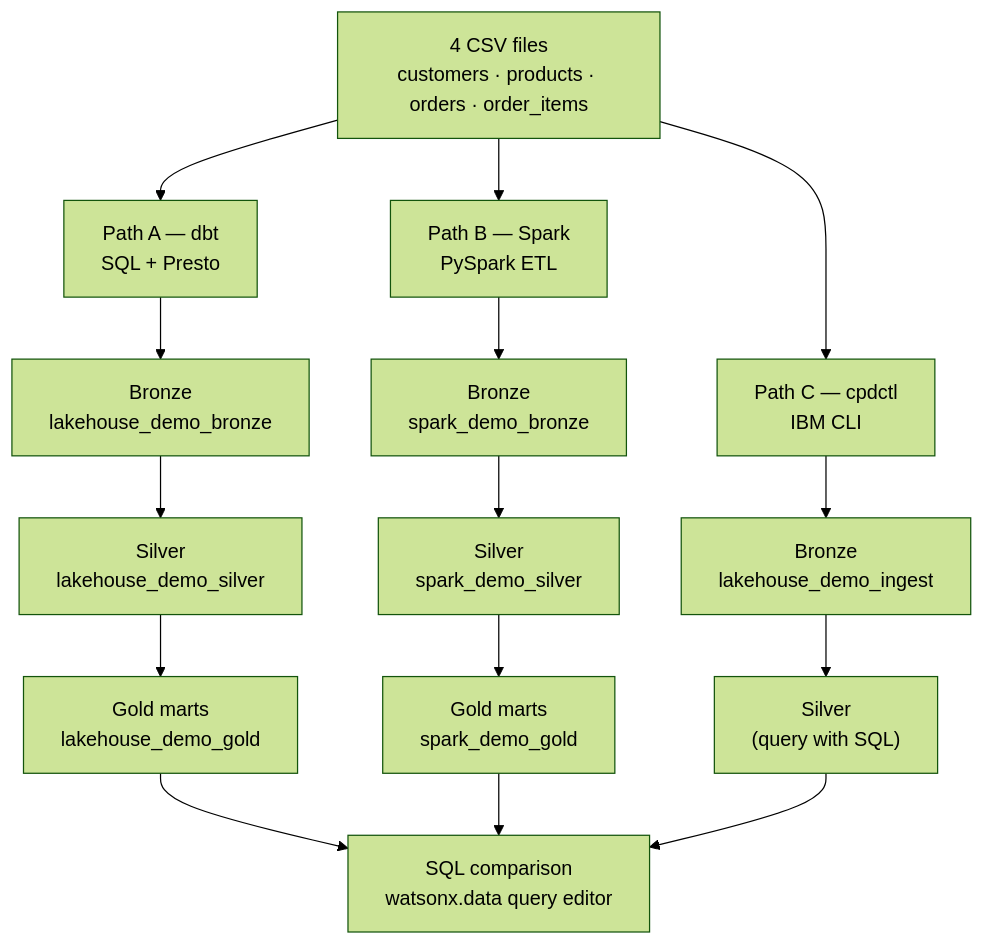
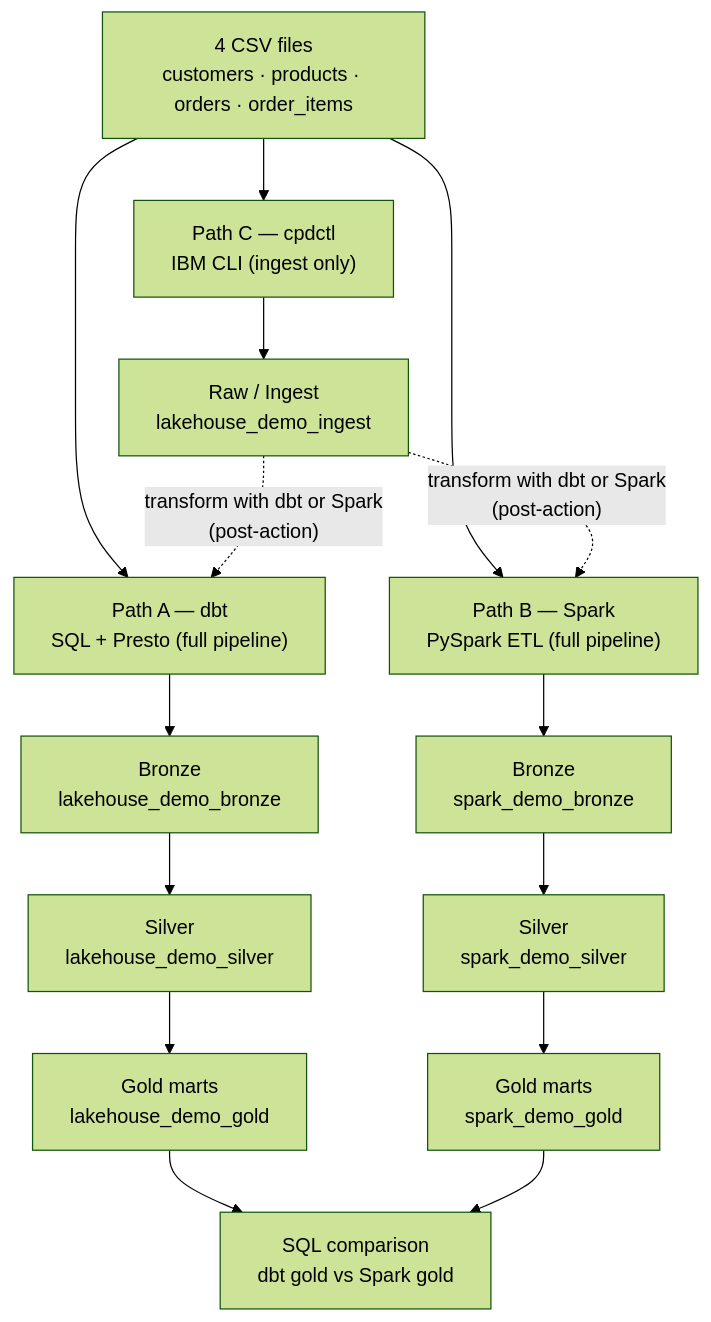
Before and after one commit to aseelert/ibmas-watsonxdata-dbt: the first of 2 diagrams in docs/index.md, drawn with Mermaid (forest theme). The commit also changed other lines of this file and 12 other files, not shown here.

First line of the commit message:
docs: reframe cpdctl as ingest-only loader, fix conceptual model + aged statements

````diff
--- a/docs/index.md
+++ b/docs/index.md
@@ -44,23 +48,24 @@
 ```mermaid
 flowchart TB
   csv["4 CSV files\ncustomers · products · orders · order_items"]
 
-  csv --> dbt_path["Path A — dbt\nSQL + Presto"]
-  csv --> spark_path["Path B — Spark\nPySpark ETL"]
-  csv --> cpdctl_path["Path C — cpdctl\nIBM CLI"]
+  csv --> dbt_path["Path A — dbt\nSQL + Presto (full pipeline)"]
+  csv --> spark_path["Path B — Spark\nPySpark ETL (full pipeline)"]
+  csv --> cpdctl_path["Path C — cpdctl\nIBM CLI (ingest only)"]
 
   dbt_path --> bronze["Bronze\nlakehouse_demo_bronze"]
   spark_path --> spark_bronze["Bronze\nspark_demo_bronze"]
-  cpdctl_path --> ingest_bronze["Bronze\nlakehouse_demo_ingest"]
+  cpdctl_path --> ingest_raw["Raw / Ingest\nlakehouse_demo_ingest"]
 
   bronze --> silver["Silver\nlakehouse_demo_silver"]
   spark_bronze --> spark_silver["Silver\nspark_demo_silver"]
-  ingest_bronze --> ingest_silver["Silver\n(query with SQL)"]
 
   silver --> gold["Gold marts\nlakehouse_demo_gold"]
   spark_silver --> spark_gold["Gold marts\nspark_demo_gold"]
 
-  gold --> compare["SQL comparison\nwatsonx.data query editor"]
+  ingest_raw -. "transform with dbt or Spark\n(post-action)" .-> dbt_path
+  ingest_raw -. "transform with dbt or Spark\n(post-action)" .-> spark_path
+
+  gold --> compare["SQL comparison\ndbt gold vs Spark gold"]
   spark_gold --> compare
-  ingest_silver --> compare
 ```
````
